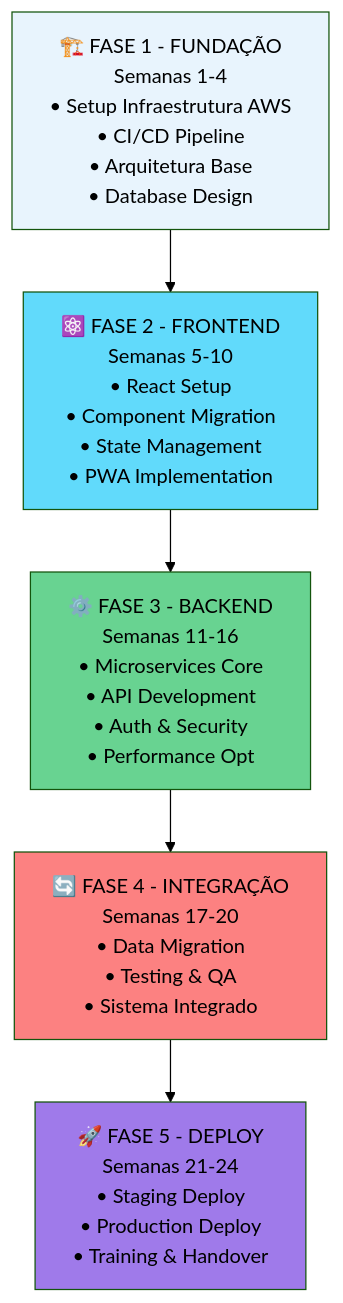
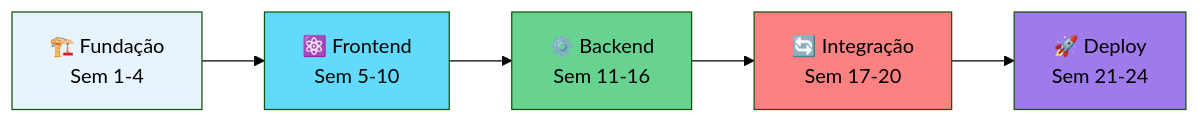
The fourth of 4 diagrams in README.md (EduPereiraAlest/FocusTextil), drawn with Mermaid (forest theme) before and after one commit. The commit also changed other lines of this file, not shown here.

Commit message:
refactor: simplify roadmap diagram from vertical to horizontal flow

````diff
--- a/README.md
+++ b/README.md
@@ -280,16 +280,13 @@
 ```mermaid
-flowchart TD
-    A["🏗️ FASE 1 - FUNDAÇÃO<br/>Semanas 1-4<br/>• Setup Infraestrutura AWS<br/>• CI/CD Pipeline<br/>• Arquitetura Base<br/>• Database Design"] --> B["⚛️ FASE 2 - FRONTEND<br/>Semanas 5-10<br/>• React Setup<br/>• Component Migration<br/>• State Management<br/>• PWA Implementation"]
+graph LR
+    A["🏗️ Fundação<br/>Sem 1-4"] --> B["⚛️ Frontend<br/>Sem 5-10"]
+    B --> C["⚙️ Backend<br/>Sem 11-16"]
+    C --> D["🔄 Integração<br/>Sem 17-20"]
+    D --> E["🚀 Deploy<br/>Sem 21-24"]
     
-    B --> C["⚙️ FASE 3 - BACKEND<br/>Semanas 11-16<br/>• Microservices Core<br/>• API Development<br/>• Auth & Security<br/>• Performance Opt"]
-    
-    C --> D["🔄 FASE 4 - INTEGRAÇÃO<br/>Semanas 17-20<br/>• Data Migration<br/>• Testing & QA<br/>• Sistema Integrado"]
-    
-    D --> E["🚀 FASE 5 - DEPLOY<br/>Semanas 21-24<br/>• Staging Deploy<br/>• Production Deploy<br/>• Training & Handover"]
-
     style A fill:#e8f4fd,color:#000000
     style B fill:#61dafb,color:#000000
     style C fill:#68d391,color:#000000
     style D fill:#fc8181,color:#000000
     style E fill:#9f7aea,color:#000000
 ```
````
